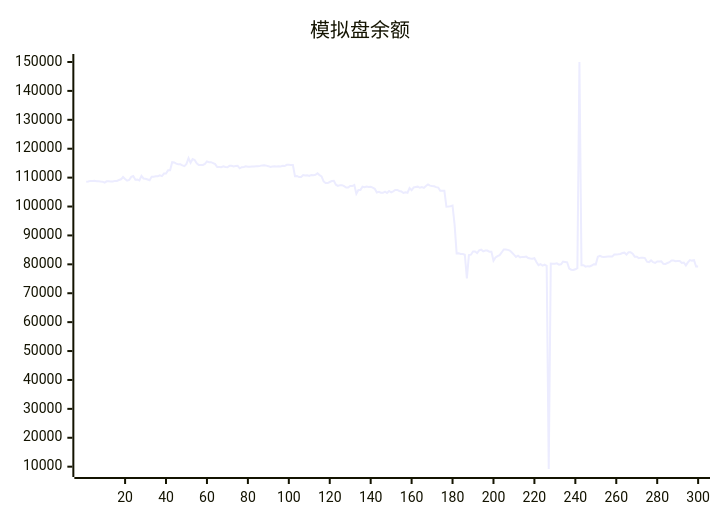
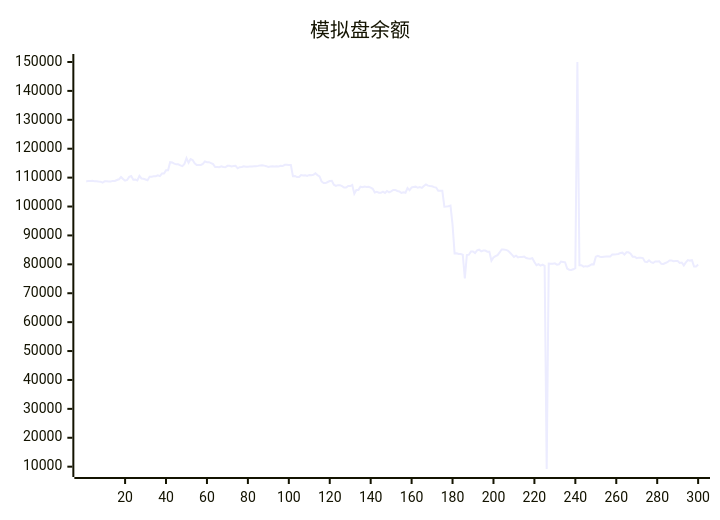
One commit to aahl/ai-trading changed the diagram in README.md. Above: the diagram before and after it, drawn with Mermaid. The commit also changed other lines of this file and 1 other file, not shown here.

````diff
--- a/README.md
+++ b/README.md
@@ -5,5 +5,5 @@
 ```mermaid
 xychart
     title "模拟盘余额"
-    line [108603,108645,108864,108864,108897,108718,108760,108648,108602,108262,108718,108752,108644,108644,108863,108823,109162,109419,110224,109539,108945,109172,110262,110546,109304,109343,109053,110606,109702,109584,109337,109071,110342,110342,110488,110488,110814,110531,111421,111421,112518,112522,115341,115266,114830,114584,114588,114231,113973,114726,116697,115160,116423,116083,114950,114365,114365,114388,114730,115582,115358,115358,115032,114686,113688,113688,113610,113930,113672,113585,114083,114074,113840,113996,114051,113208,113593,113701,113901,113794,113784,113810,113848,113927,113929,114064,114232,114293,114144,113960,113698,113853,113942,113812,113908,113877,114091,113998,114427,114422,114384,114384,110477,110576,110198,110198,110890,110712,110812,110569,110929,110847,110968,111478,110870,110433,108661,108116,108115,108485,108797,108877,107536,107134,107393,107393,107046,106565,106565,107081,107081,107478,104404,105715,105749,106866,106651,106889,106771,106816,106565,106141,104876,105103,104796,104734,105169,104690,105380,104941,105272,105709,105739,105374,105227,104691,104924,104762,106364,105628,106608,106748,106872,106485,106721,106468,107132,107620,107224,107080,107001,106717,106567,105431,105431,105440,99950,100017,100113,100337,93749,83795,83807,83567,83567,83342,75168,83222,83336,84448,84449,83896,84839,85065,84499,84757,84757,84364,84347,81254,82385,82835,83184,84099,85150,85150,85002,84751,84096,83356,82582,82983,82404,82572,82512,82688,82200,82047,81920,82125,80840,79688,80060,79552,79920,79470,9193,80236,80208,80170,80336,79894,80006,80954,80837,80712,78561,78139,78037,78293,78682,150000,79720,79720,79214,79372,79279,79591,80046,79993,82625,82950,82626,82571,82633,82670,82670,82681,83386,83378,83464,83579,83920,84037,83402,84160,84142,83652,82655,82655,82145,82315,82243,82163,80934,80770,81371,80742,80468,80989,80989,81067,80191,80155,80450,80737,81309,81309,81106,81119,81119,80471,80631,79624,80670,81448,81290,81429,79212,79222]
+    line [108645,108864,108864,108897,108718,108760,108648,108602,108262,108718,108752,108644,108644,108863,108823,109162,109419,110224,109539,108945,109172,110262,110546,109304,109343,109053,110606,109702,109584,109337,109071,110342,110342,110488,110488,110814,110531,111421,111421,112518,112522,115341,115266,114830,114584,114588,114231,113973,114726,116697,115160,116423,116083,114950,114365,114365,114388,114730,115582,115358,115358,115032,114686,113688,113688,113610,113930,113672,113585,114083,114074,113840,113996,114051,113208,113593,113701,113901,113794,113784,113810,113848,113927,113929,114064,114232,114293,114144,113960,113698,113853,113942,113812,113908,113877,114091,113998,114427,114422,114384,114384,110477,110576,110198,110198,110890,110712,110812,110569,110929,110847,110968,111478,110870,110433,108661,108116,108115,108485,108797,108877,107536,107134,107393,107393,107046,106565,106565,107081,107081,107478,104404,105715,105749,106866,106651,106889,106771,106816,106565,106141,104876,105103,104796,104734,105169,104690,105380,104941,105272,105709,105739,105374,105227,104691,104924,104762,106364,105628,106608,106748,106872,106485,106721,106468,107132,107620,107224,107080,107001,106717,106567,105431,105431,105440,99950,100017,100113,100337,93749,83795,83807,83567,83567,83342,75168,83222,83336,84448,84449,83896,84839,85065,84499,84757,84757,84364,84347,81254,82385,82835,83184,84099,85150,85150,85002,84751,84096,83356,82582,82983,82404,82572,82512,82688,82200,82047,81920,82125,80840,79688,80060,79552,79920,79470,9193,80236,80208,80170,80336,79894,80006,80954,80837,80712,78561,78139,78037,78293,78682,150000,79720,79720,79214,79372,79279,79591,80046,79993,82625,82950,82626,82571,82633,82670,82670,82681,83386,83378,83464,83579,83920,84037,83402,84160,84142,83652,82655,82655,82145,82315,82243,82163,80934,80770,81371,80742,80468,80989,80989,81067,80191,80155,80450,80737,81309,81309,81106,81119,81119,80471,80631,79624,80670,81448,81290,81429,79212,79222,79940]
 ```
````
